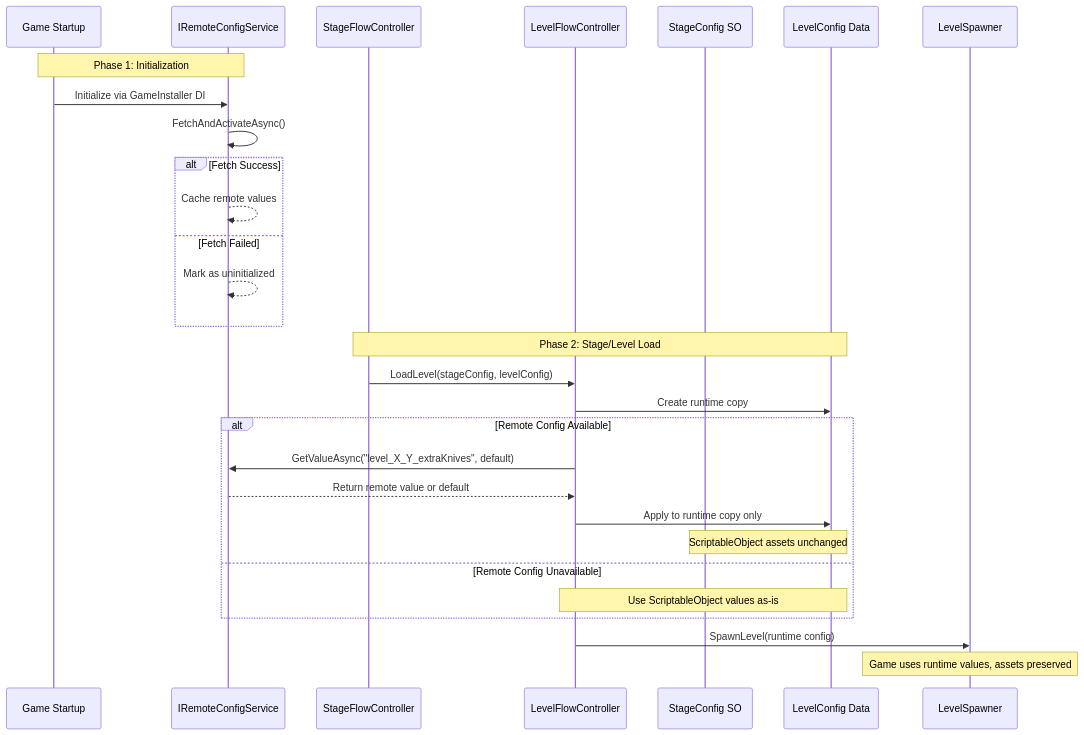
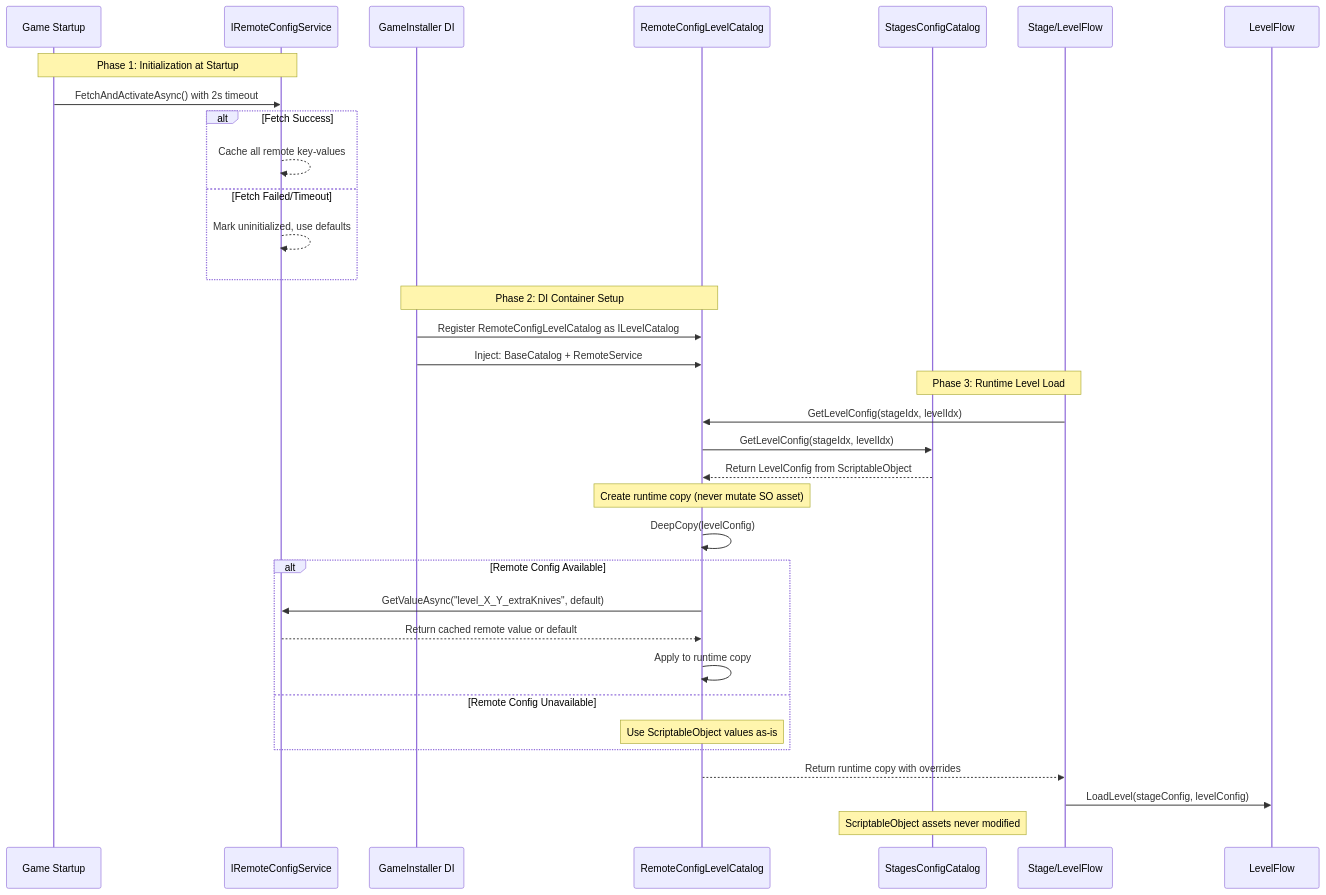
Before and after one commit to Jonsi/Knife-Toss: the second of 2 diagrams in .cursor/plans/remote_config_system_f24d3bee.plan.md, drawn with Mermaid. The commit also changed other lines of this file, not shown here.

````diff
--- a/.cursor/plans/remote_config_system_f24d3bee.plan.md
+++ b/.cursor/plans/remote_config_system_f24d3bee.plan.md
@@ -77,35 +94,42 @@
 ```mermaid
 sequenceDiagram
     participant GameStart as Game Startup
-    participant Service as IRemoteConfigService
-    participant StageFlow as StageFlowController
-    participant LevelFlow as LevelFlowController
-    participant StageConfig as StageConfig SO
-    participant LevelConfig as LevelConfig Data
-    participant LevelSpawner as LevelSpawner
+    participant RemoteService as IRemoteConfigService
+    participant DI as GameInstaller DI
+    participant CatalogWrapper as RemoteConfigLevelCatalog
+    participant BaseCatalog as StagesConfigCatalog
+    participant StageFlow as Stage/LevelFlow
     
-    Note over GameStart,Service: Phase 1: Initialization
-    GameStart->>Service: Initialize via GameInstaller DI
-    Service->>Service: FetchAndActivateAsync()
+    Note over GameStart,RemoteService: Phase 1: Initialization at Startup
+    GameStart->>RemoteService: FetchAndActivateAsync() with 2s timeout
     alt Fetch Success
-        Service-->>Service: Cache remote values
-    else Fetch Failed
-        Service-->>Service: Mark as uninitialized
+        RemoteService-->>RemoteService: Cache all remote key-values
+    else Fetch Failed/Timeout
+        RemoteService-->>RemoteService: Mark uninitialized, use defaults
     end
     
-    Note over StageFlow,LevelConfig: Phase 2: Stage/Level Load
-    StageFlow->>LevelFlow: LoadLevel(stageConfig, levelConfig)
-    LevelFlow->>LevelConfig: Create runtime copy
+    Note over DI,CatalogWrapper: Phase 2: DI Container Setup
+    DI->>CatalogWrapper: Register RemoteConfigLevelCatalog as ILevelCatalog
+    DI->>CatalogWrapper: Inject: BaseCatalog + RemoteService
+    
+    Note over StageFlow,BaseCatalog: Phase 3: Runtime Level Load
+    StageFlow->>CatalogWrapper: GetLevelConfig(stageIdx, levelIdx)
+    CatalogWrapper->>BaseCatalog: GetLevelConfig(stageIdx, levelIdx)
+    BaseCatalog-->>CatalogWrapper: Return LevelConfig from ScriptableObject
+    
+    Note over CatalogWrapper: Create runtime copy (never mutate SO asset)
+    CatalogWrapper->>CatalogWrapper: DeepCopy(levelConfig)
     
     alt Remote Config Available
-        LevelFlow->>Service: GetValueAsync("level_X_Y_extraKnives", default)
-        Service-->>LevelFlow: Return remote value or default
-        LevelFlow->>LevelConfig: Apply to runtime copy only
-        Note over LevelConfig,StageConfig: ScriptableObject assets unchanged
+        CatalogWrapper->>RemoteService: GetValueAsync("level_X_Y_extraKnives", default)
+        RemoteService-->>CatalogWrapper: Return cached remote value or default
+        CatalogWrapper->>CatalogWrapper: Apply to runtime copy
     else Remote Config Unavailable
-        Note over LevelFlow,LevelConfig: Use ScriptableObject values as-is
+        Note over CatalogWrapper: Use ScriptableObject values as-is
     end
     
-    LevelFlow->>LevelSpawner: SpawnLevel(runtime config)
-    Note over LevelSpawner: Game uses runtime values, assets preserved
+    CatalogWrapper-->>StageFlow: Return runtime copy with overrides
+    StageFlow->>LevelFlow: LoadLevel(stageConfig, levelConfig)
+    
+    Note over BaseCatalog: ScriptableObject assets never modified
 ```
````
